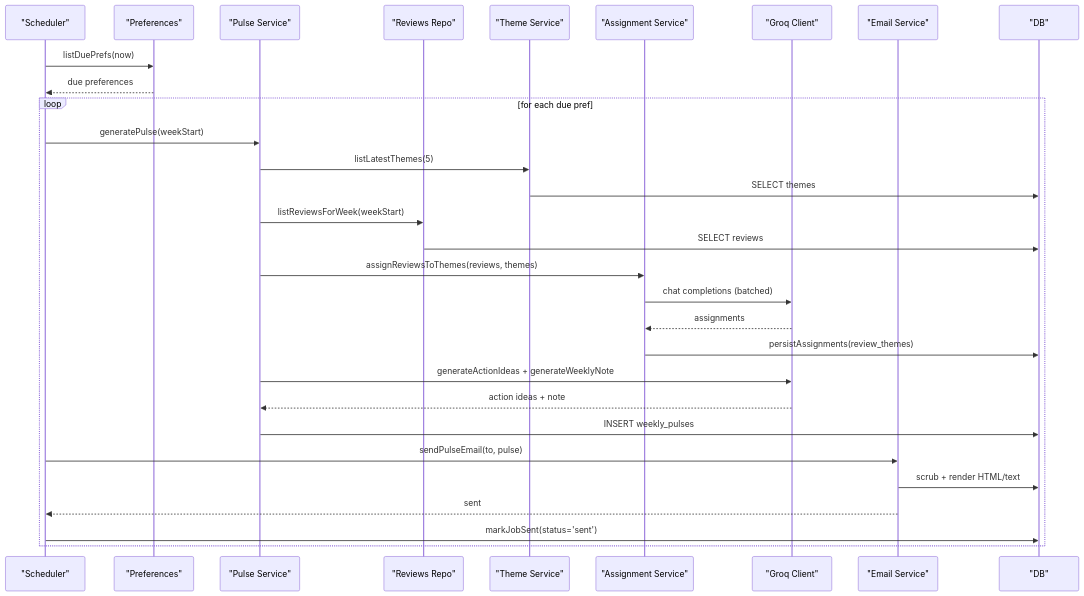
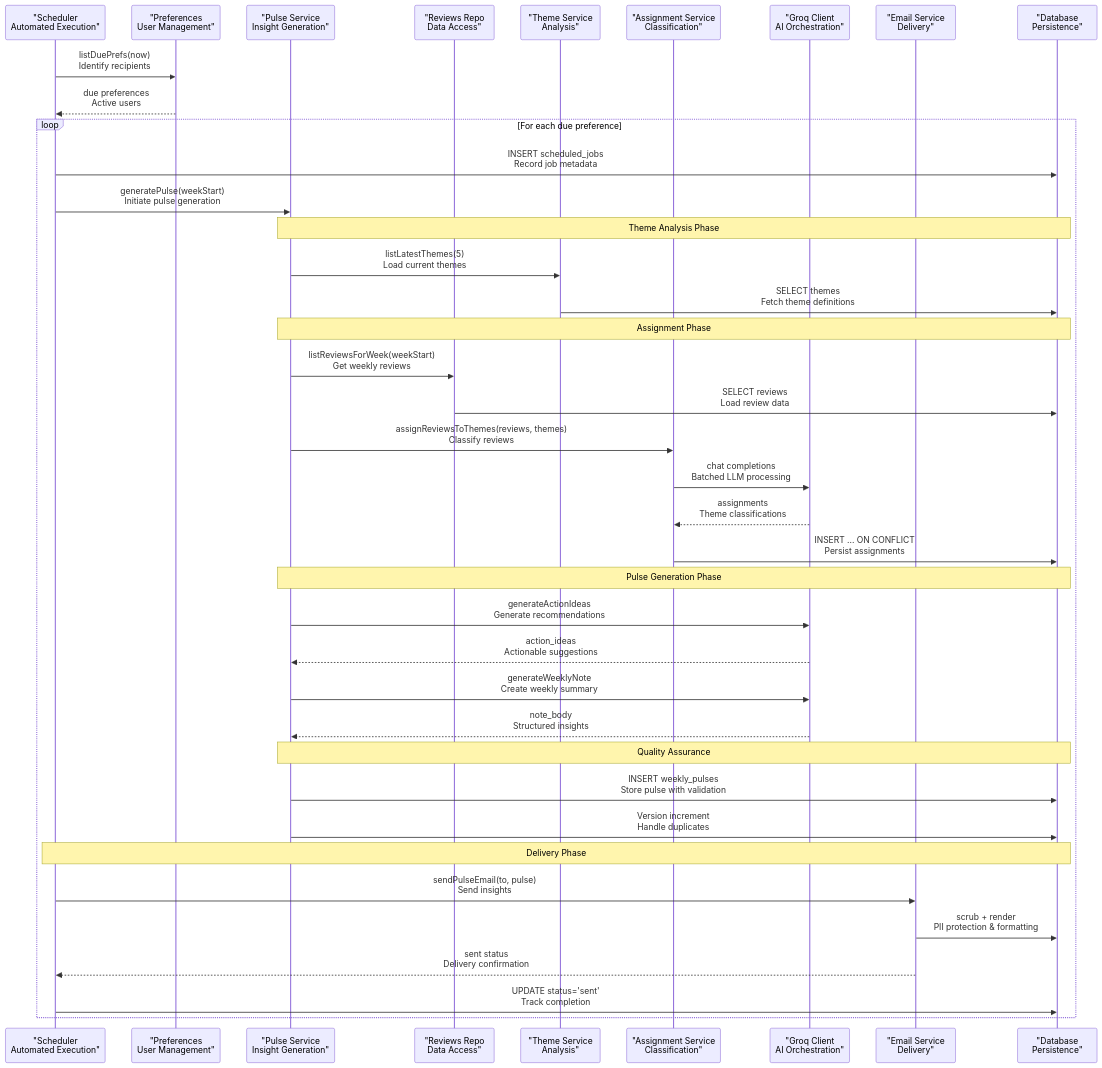
Before and after one commit to aravinthraj-ramalingam/Groww-App-Review-Insights-Analyzer-: the second of 9 diagrams in .qoder/repowiki/en/content/Phase 2_ Advanced Analytics & Automation/Weekly Pulse Generation.md, drawn with Mermaid. The commit also changed other lines of this file and 11 other files, not shown here.

````diff
--- a/.qoder/repowiki/en/content/Phase 2_ Advanced Analytics & Automation/Weekly Pulse Generation.md
+++ b/.qoder/repowiki/en/content/Phase 2_ Advanced Analytics & Automation/Weekly Pulse Generation.md
@@ -141,32 +151,41 @@
 ```mermaid
 sequenceDiagram
-participant Cron as "Scheduler"
-participant Pref as "Preferences"
-participant Gen as "Pulse Service"
-participant Repo as "Reviews Repo"
-participant Theme as "Theme Service"
-participant Assign as "Assignment Service"
-participant LLM as "Groq Client"
-participant Mail as "Email Service"
-participant DB as "DB"
-Cron->>Pref : listDuePrefs(now)
-Pref-->>Cron : due preferences
-loop for each due pref
-Cron->>Gen : generatePulse(weekStart)
-Gen->>Theme : listLatestThemes(5)
-Theme->>DB : SELECT themes
-Gen->>Repo : listReviewsForWeek(weekStart)
-Repo->>DB : SELECT reviews
-Gen->>Assign : assignReviewsToThemes(reviews, themes)
-Assign->>LLM : chat completions (batched)
-LLM-->>Assign : assignments
-Assign->>DB : persistAssignments(review_themes)
-Gen->>LLM : generateActionIdeas + generateWeeklyNote
-LLM-->>Gen : action ideas + note
-Gen->>DB : INSERT weekly_pulses
-Cron->>Mail : sendPulseEmail(to, pulse)
-Mail->>DB : scrub + render HTML/text
-Mail-->>Cron : sent
-Cron->>DB : markJobSent(status='sent')
+participant Cron as "Scheduler<br/>Automated Execution"
+participant Pref as "Preferences<br/>User Management"
+participant Gen as "Pulse Service<br/>Insight Generation"
+participant Repo as "Reviews Repo<br/>Data Access"
+participant Theme as "Theme Service<br/>Analysis"
+participant Assign as "Assignment Service<br/>Classification"
+participant LLM as "Groq Client<br/>AI Orchestration"
+participant Mail as "Email Service<br/>Delivery"
+participant DB as "Database<br/>Persistence"
+Cron->>Pref : listDuePrefs(now)<br/>Identify recipients
+Pref-->>Cron : due preferences<br/>Active users
+loop For each due preference
+Cron->>DB : INSERT scheduled_jobs<br/>Record job metadata
+Cron->>Gen : generatePulse(weekStart)<br/>Initiate pulse generation
+Note over Gen,DB : Theme Analysis Phase
+Gen->>Theme : listLatestThemes(5)<br/>Load current themes
+Theme->>DB : SELECT themes<br/>Fetch theme definitions
+Note over Gen,DB : Assignment Phase
+Gen->>Repo : listReviewsForWeek(weekStart)<br/>Get weekly reviews
+Repo->>DB : SELECT reviews<br/>Load review data
+Gen->>Assign : assignReviewsToThemes(reviews, themes)<br/>Classify reviews
+Assign->>LLM : chat completions<br/>Batched LLM processing
+LLM-->>Assign : assignments<br/>Theme classifications
+Assign->>DB : INSERT ... ON CONFLICT<br/>Persist assignments
+Note over Gen,DB : Pulse Generation Phase
+Gen->>LLM : generateActionIdeas<br/>Generate recommendations
+LLM-->>Gen : action_ideas<br/>Actionable suggestions
+Gen->>LLM : generateWeeklyNote<br/>Create weekly summary
+LLM-->>Gen : note_body<br/>Structured insights
+Note over Gen,DB : Quality Assurance
+Gen->>DB : INSERT weekly_pulses<br/>Store pulse with validation
+Gen->>DB : Version increment<br/>Handle duplicates
+Note over Cron,DB : Delivery Phase
+Cron->>Mail : sendPulseEmail(to, pulse)<br/>Send insights
+Mail->>DB : scrub + render<br/>PII protection & formatting
+Mail-->>Cron : sent status<br/>Delivery confirmation
+Cron->>DB : UPDATE status='sent'<br/>Track completion
 end
 ```
````
